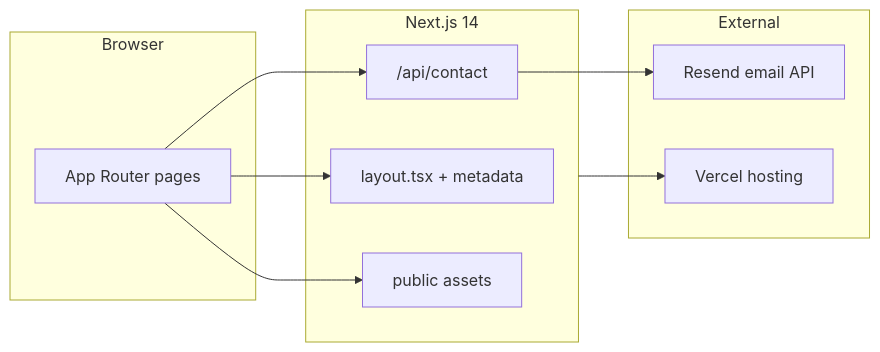
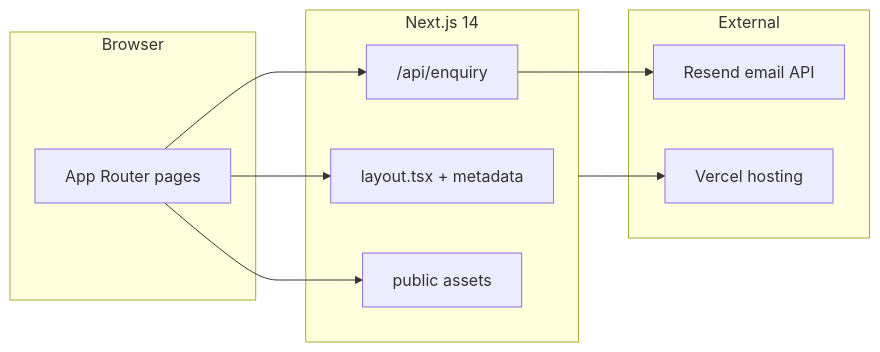
Before and after one commit to kaybee77/hostinger-etil: the diagram in README.md, drawn with Mermaid. The commit also changed other lines of this file and 3 other files, not shown here.

Commit message:
Fix Hostinger build: rename contact API route to enquiry

````diff
--- a/README.md
+++ b/README.md
@@ -22,20 +22,20 @@
 ```mermaid
 flowchart LR
   subgraph client [Browser]
     Pages[App Router pages]
   end
   subgraph next [Next.js 14]
     Layout[layout.tsx + metadata]
-    API["/api/contact"]
+    API["/api/enquiry"]
     Static[public assets]
   end
   subgraph external [External]
     Resend[Resend email API]
     Vercel[Vercel hosting]
   end
   Pages --> Layout
   Pages --> Static
   Pages --> API
   API --> Resend
   next --> Vercel
 ```
````
